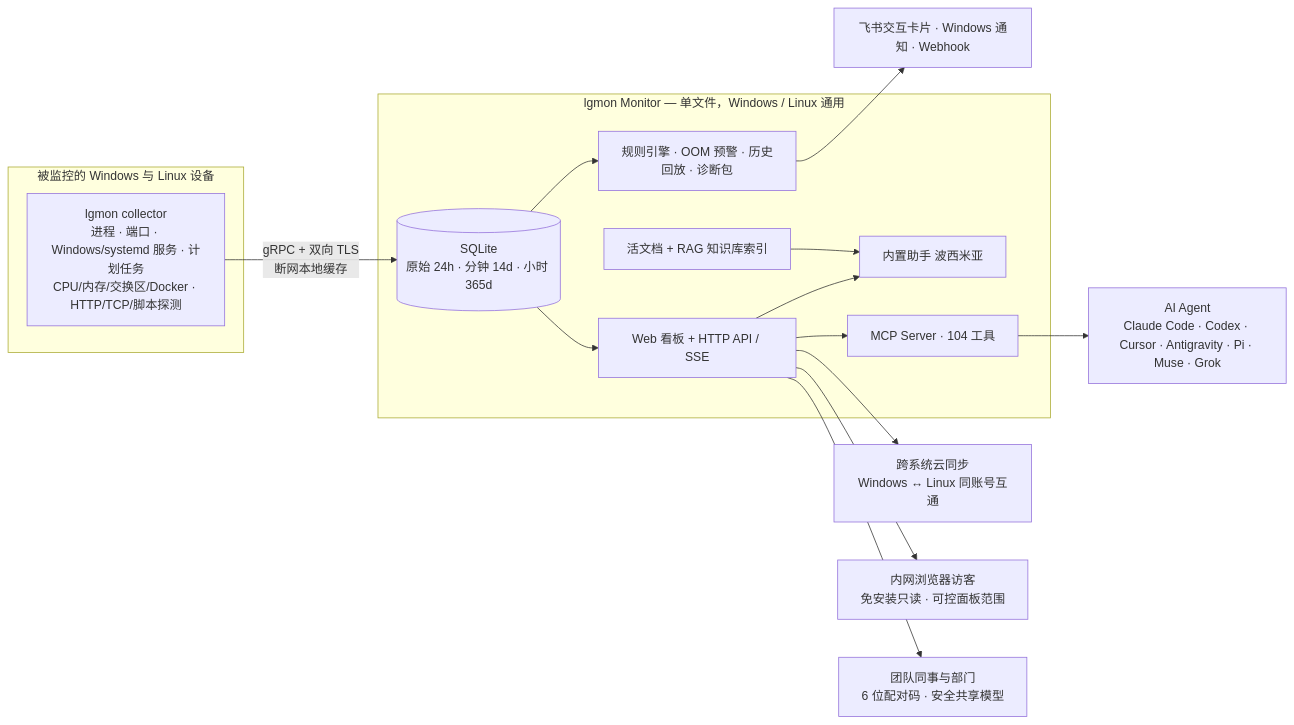
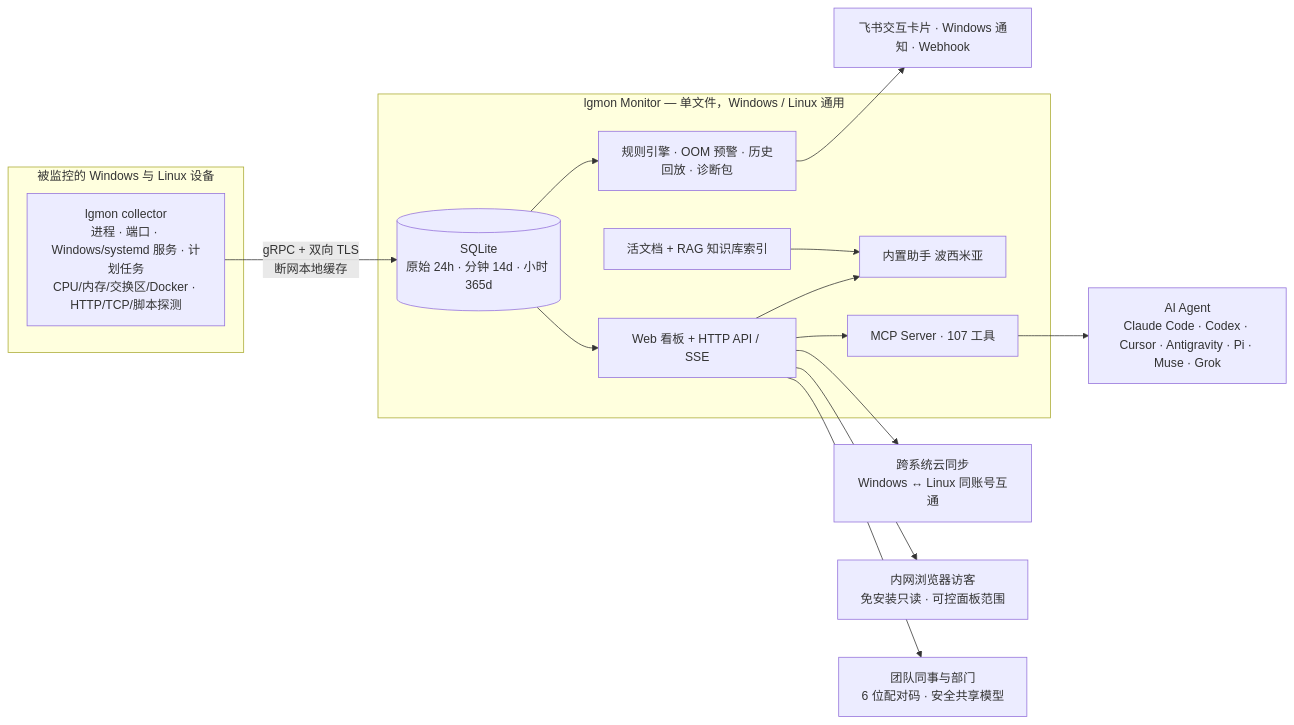
Before and after one commit to LFenX/lg-monitor: the diagram in README.zh-CN.md, drawn with Mermaid. The commit also changed other lines of this file and 41 other files, not shown here.

````diff
--- a/README.zh-CN.md
+++ b/README.zh-CN.md
@@ -194,23 +194,23 @@
 ```mermaid
 flowchart LR
   subgraph PC[被监控的 Windows 与 Linux 设备]
     C[lgmon collector<br/>进程 · 端口 · Windows/systemd 服务 · 计划任务<br/>CPU/内存/交换区/Docker · HTTP/TCP/脚本探测]
   end
   subgraph M[lgmon Monitor — 单文件，Windows / Linux 通用]
     S[(SQLite<br/>原始 24h · 分钟 14d · 小时 365d)]
     R[规则引擎 · OOM 预警 · 历史回放 · 诊断包]
     D[活文档 + RAG 知识库索引]
     W[Web 看板 + HTTP API / SSE]
-    P[MCP Server · 104 工具]
+    P[MCP Server · 107 工具]
     B[内置助手 波西米亚]
   end
   C -- gRPC + 双向 TLS<br/>断网本地缓存 --> S
   S --> R --> N[飞书交互卡片 · Windows 通知 · Webhook]
   S --> W
   D --> B
   W --> B
   W --> P --> A[AI Agent<br/>Claude Code · Codex · Cursor · Antigravity · Pi · Muse · Grok]
   W --> X[跨系统云同步<br/>Windows ↔ Linux 同账号互通]
   W --> G[内网浏览器访客<br/>免安装只读 · 可控面板范围]
   W --> L[团队同事与部门<br/>6 位配对码 · 安全共享模型]
 ```
````
